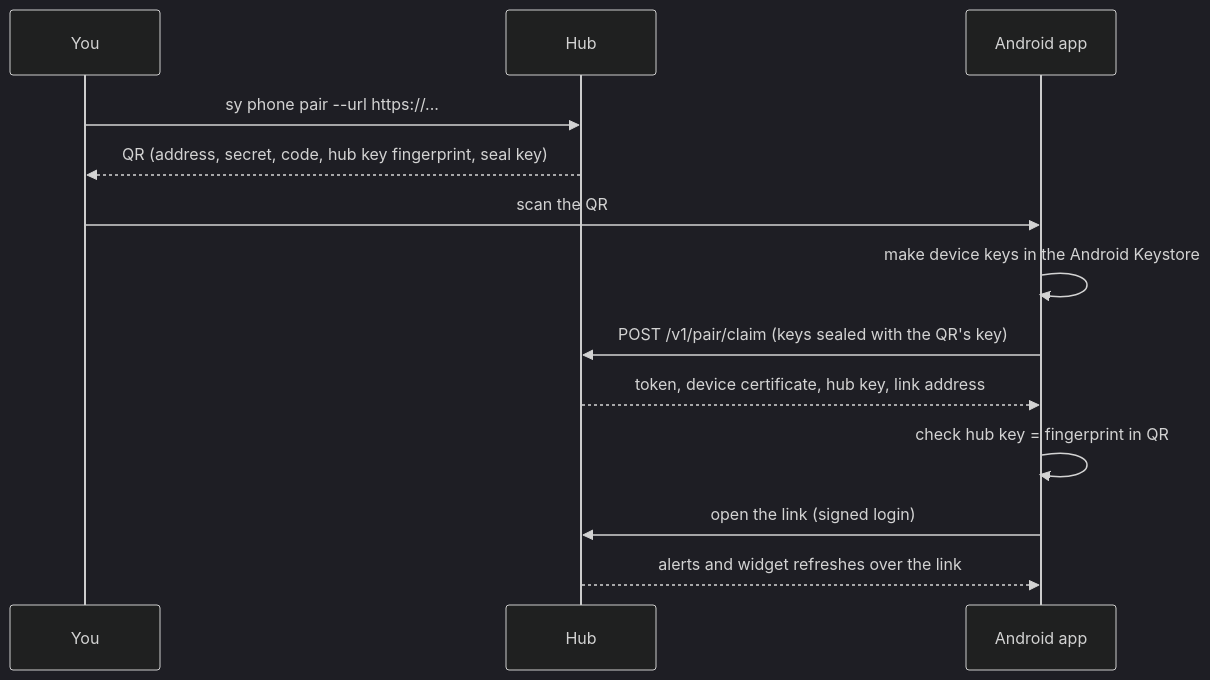
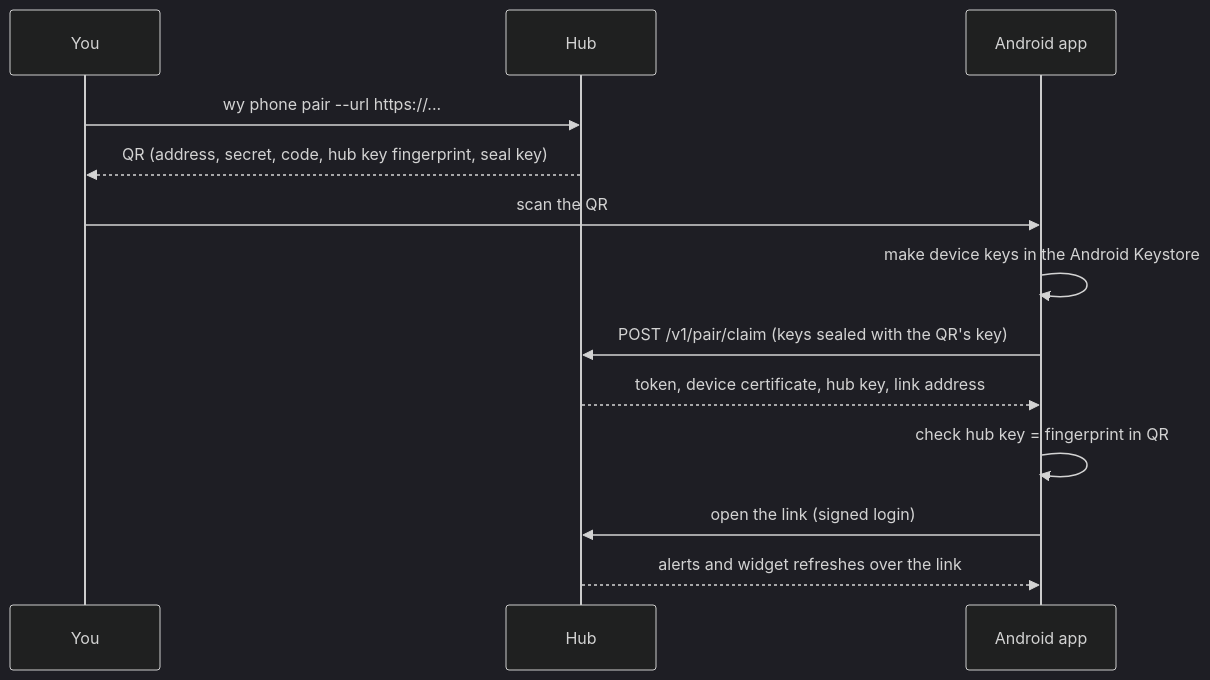
Before and after one commit to mraj602/switchyard: the diagram in docs/guide/android.md, drawn with Mermaid (dark theme). The commit also changed other lines of this file and 1273 other files, not shown here.

````diff
--- a/docs/guide/android.md
+++ b/docs/guide/android.md
@@ -190,15 +190,15 @@
 ```mermaid
 sequenceDiagram
     participant You
     participant Hub
     participant App as Android app
-    You->>Hub: sy phone pair --url https://...
+    You->>Hub: wy phone pair --url https://...
     Hub-->>You: QR (address, secret, code, hub key fingerprint, seal key)
     You->>App: scan the QR
     App->>App: make device keys in the Android Keystore
     App->>Hub: POST /v1/pair/claim (keys sealed with the QR's key)
     Hub-->>App: token, device certificate, hub key, link address
     App->>App: check hub key = fingerprint in QR
     App->>Hub: open the link (signed login)
     Hub-->>App: alerts and widget refreshes over the link
 ```
````
